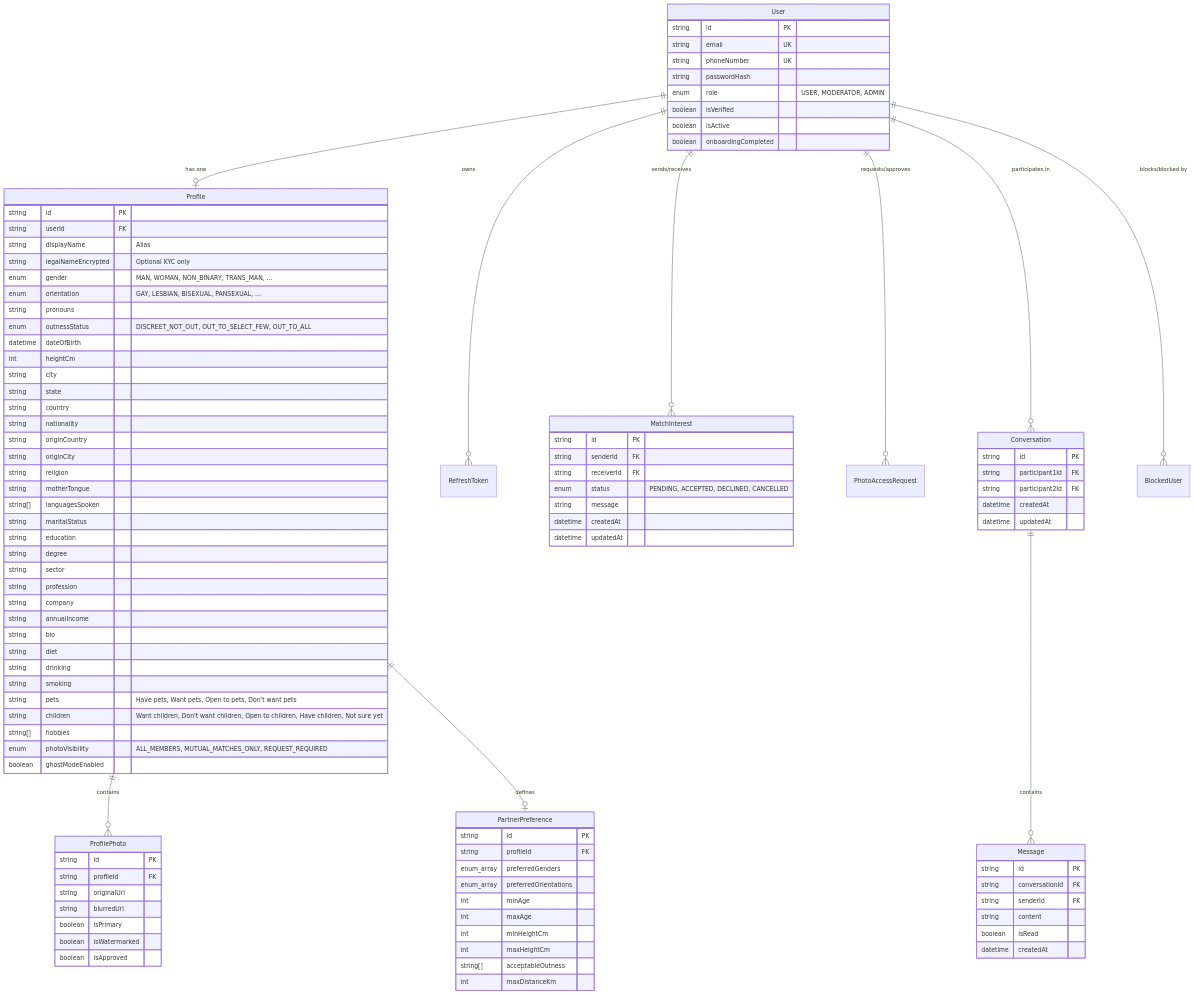
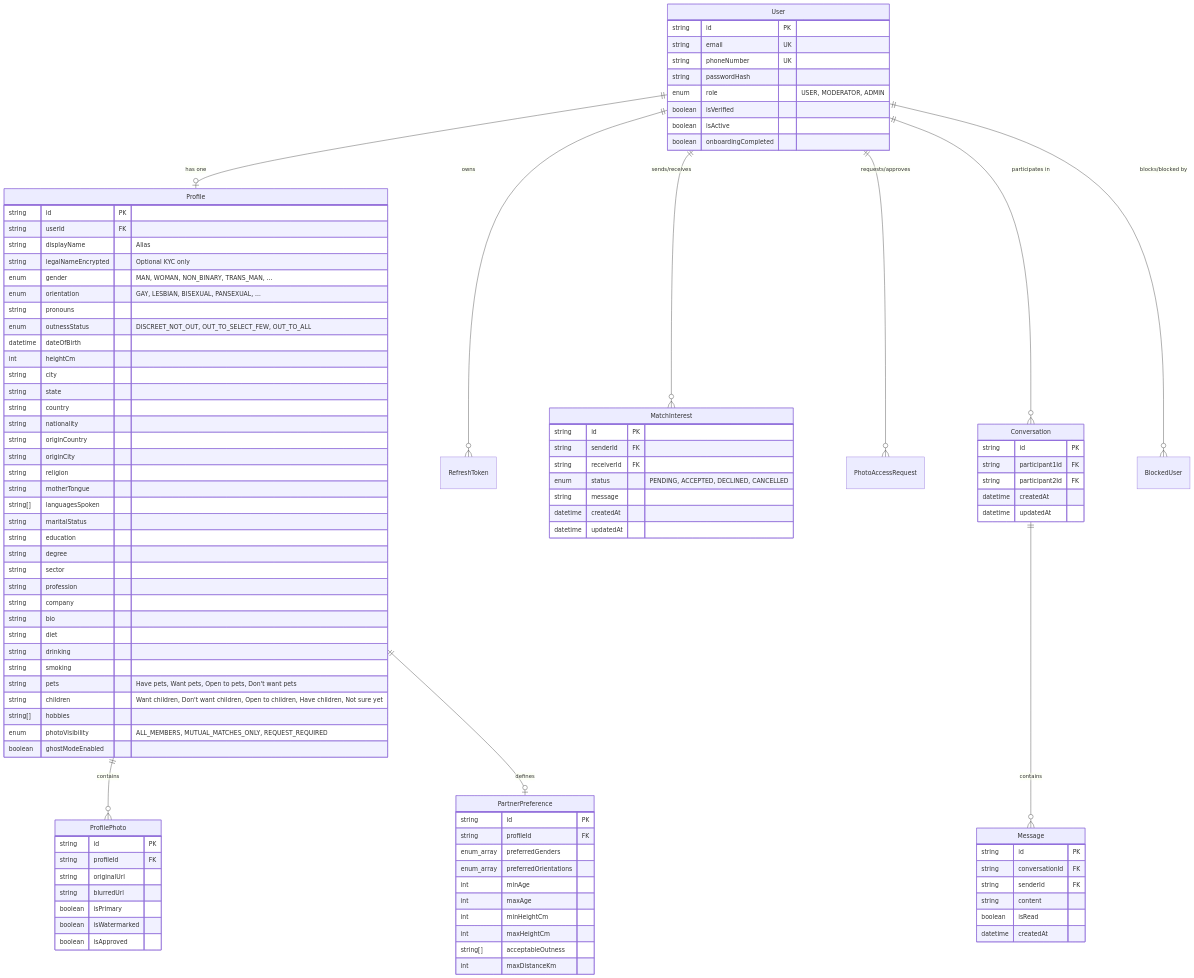
One commit to it-inbox/LGBTQ-Matrimonial-Platform changed the second of 4 diagrams in docs/ARCHITECTURE.md. Above: the diagram before and after it, drawn with Mermaid. The commit also changed 4 other files, not shown here.

Commit message:
feat(mobile,docs): remove annual income from screens and architecture documentation

```diff
--- a/docs/ARCHITECTURE.md
+++ b/docs/ARCHITECTURE.md
@@ -100,7 +100,6 @@
     string sector
     string profession
     string company
-    string annualIncome
     string bio
     string diet
     string drinking
```
